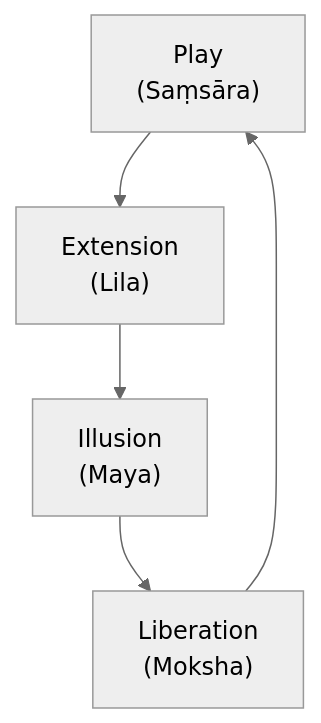
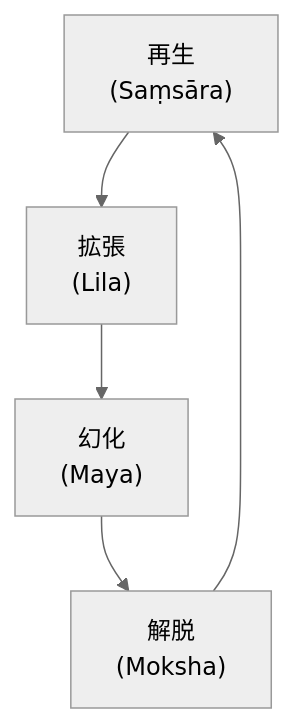
The second of 4 diagrams in en/_posts/2025-10-05-Column-Shpongle.md (monumental-movement/monumental-movement.github.io), drawn with Mermaid (neutral theme) before and after one commit. The commit also changed other lines of this file and 1724 other files, not shown here.

```diff
--- a/en/_posts/2025-10-05-Column-Shpongle.md
+++ b/en/_posts/2025-10-05-Column-Shpongle.md
@@ -112,9 +121,9 @@
 <div class="mermaid">
 
 flowchart TD
-A["Generation<br>(Brahman)"] --> B["Extension<br>(Lila)"]
-B --> C["Illusion<br>(Maya)"]
-C --> D["Liberation<br>(Moksha)"]
-D --> A["Play<br>(Saṃsāra)"]
+  A["生成<br>(Brahman)"] --> B["拡張<br>(Lila)"]
+  B --> C["幻化<br>(Maya)"]
+  C --> D["解脱<br>(Moksha)"]
+  D --> A["再生<br>(Saṃsāra)"]
 
 </div>
```
